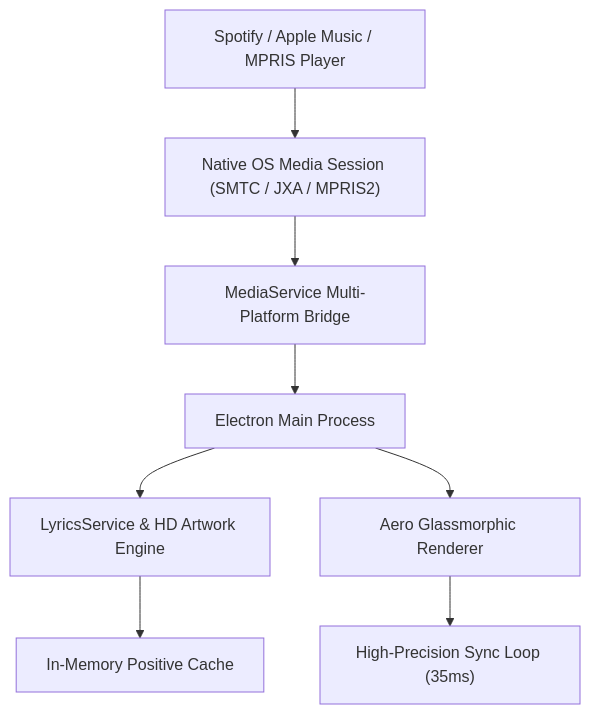
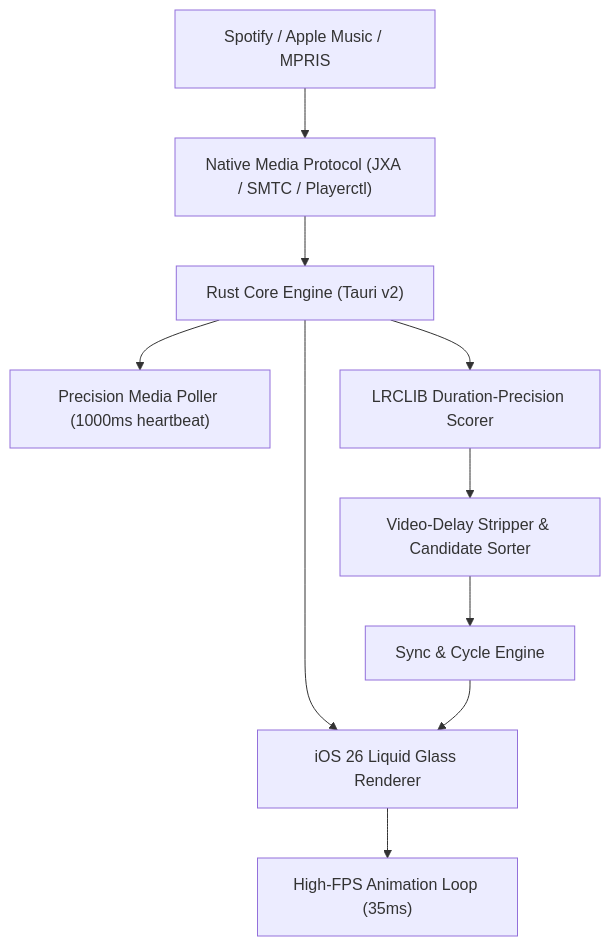
The diagram in README.md (malikp66/lively-lyrics), drawn with Mermaid before and after one commit. The commit also changed other lines of this file, not shown here.

Commit message:
docs: update README for v3.0.0 Rust/Tauri migration, iOS liquid glass UI, and lyric sync engine

````diff
--- a/README.md
+++ b/README.md
@@ -244,10 +171,12 @@
 ```mermaid
 flowchart TD
-    Player["Spotify / Apple Music / MPRIS Player"] --> OS["Native OS Media Session (SMTC / JXA / MPRIS2)"]
-    OS --> MediaService["MediaService Multi-Platform Bridge"]
-    MediaService --> Main["Electron Main Process"]
-    Main --> LyricsService["LyricsService & HD Artwork Engine"]
-    LyricsService --> Cache["In-Memory Positive Cache"]
-    Main --> Renderer["Aero Glassmorphic Renderer"]
-    Renderer --> Sync["High-Precision Sync Loop (35ms)"]
+    MusicApp["Spotify / Apple Music / MPRIS"] --> OS["Native Media Protocol (JXA / SMTC / Playerctl)"]
+    OS --> RustCore["Rust Core Engine (Tauri v2)"]
+    RustCore --> Poller["Precision Media Poller (1000ms heartbeat)"]
+    RustCore --> Scorer["LRCLIB Duration-Precision Scorer"]
+    Scorer --> CandidateFilter["Video-Delay Stripper & Candidate Sorter"]
+    CandidateFilter --> LyricsSync["Sync & Cycle Engine"]
+    RustCore --> Webview["iOS 26 Liquid Glass Renderer"]
+    LyricsSync --> Webview
+    Webview --> RAF["High-FPS Animation Loop (35ms)"]
 ```
````
